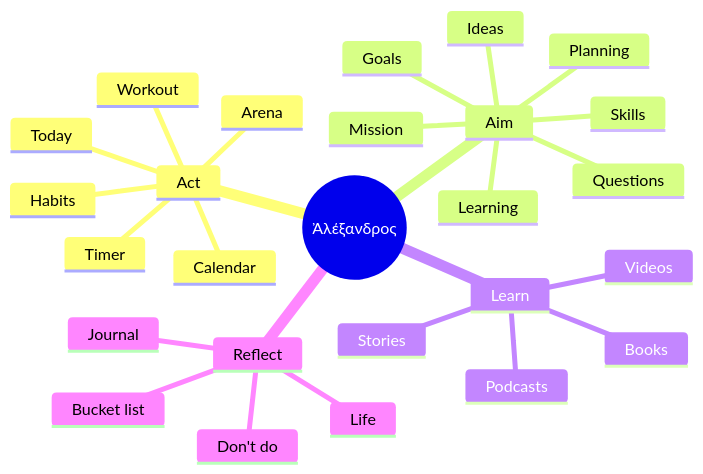
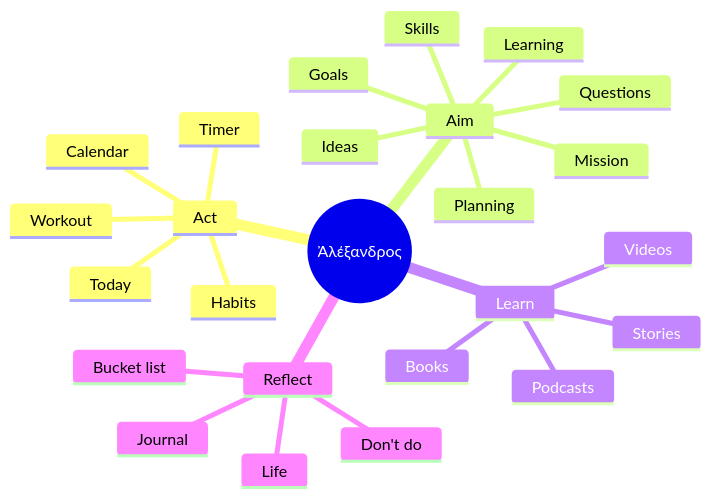
One commit to Happysingh1062003/alexender changed the first of 12 diagrams in README.md. Above: the diagram before and after it, drawn with Mermaid. The commit also changed other lines of this file and 30 other files, not shown here.

````diff
--- a/README.md
+++ b/README.md
@@ -75,29 +74,28 @@
 ```mermaid
 mindmap
   root((Ἀλέξανδρος))
     Act
       Today
       Habits
       Workout
       Timer
       Calendar
-      Arena
     Aim
       Mission
       Goals
       Skills
       Learning
       Questions
       Planning
       Ideas
     Learn
       Books
       Videos
       Podcasts
       Stories
     Reflect
       Journal
       Life
       Bucket list
       Don't do
 ```
````
